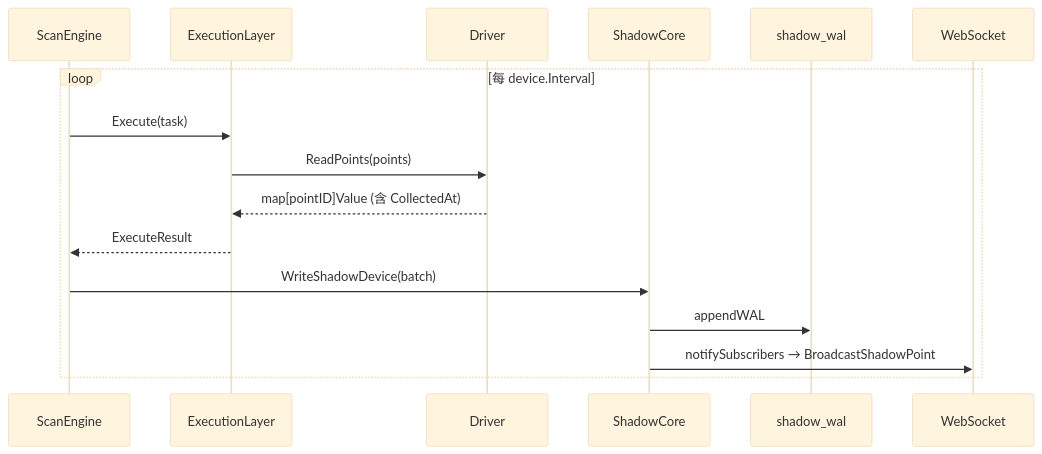
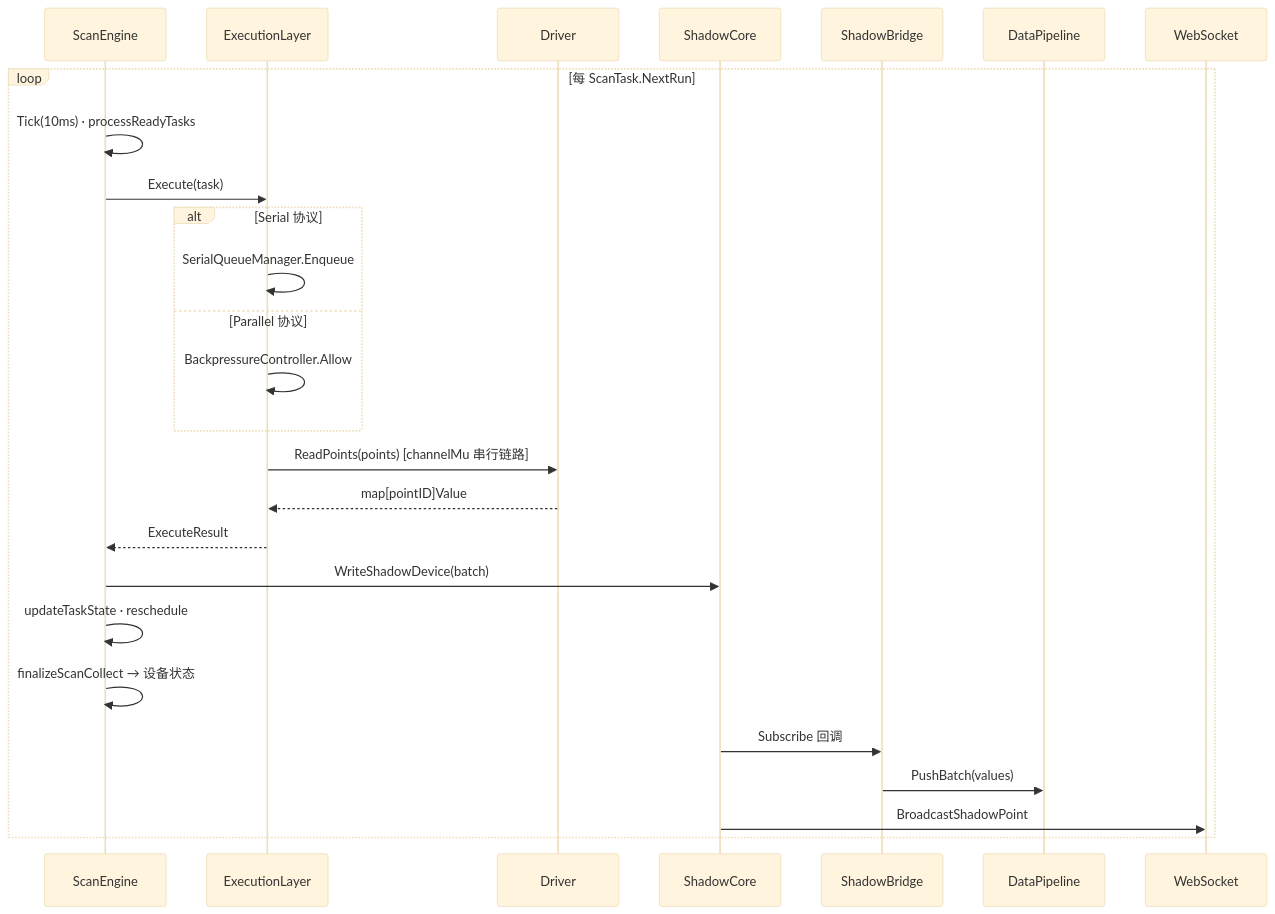
The third of 3 diagrams in docs/edge/边缘网关架构设计总览.md (anviod/edgex), drawn with Mermaid (base theme) before and after one commit. The commit also changed other lines of this file and 92 other files, not shown here.

````diff
--- a/docs/edge/边缘网关架构设计总览.md
+++ b/docs/edge/边缘网关架构设计总览.md
@@ -280,19 +324,29 @@
 ```mermaid
 sequenceDiagram
     participant SE as ScanEngine
     participant EL as ExecutionLayer
     participant DRV as Driver
     participant SC as ShadowCore
-    participant WAL as shadow_wal
+    participant SB as ShadowBridge
+    participant PL as DataPipeline
     participant WS as WebSocket
 
-    loop 每 device.Interval
+    loop 每 ScanTask.NextRun
+        SE->>SE: Tick(10ms) · processReadyTasks
         SE->>EL: Execute(task)
-        EL->>DRV: ReadPoints(points)
-        DRV-->>EL: map[pointID]Value (含 CollectedAt)
+        alt Serial 协议
+            EL->>EL: SerialQueueManager.Enqueue
+        else Parallel 协议
+            EL->>EL: BackpressureController.Allow
+        end
+        EL->>DRV: ReadPoints(points) [channelMu 串行链路]
+        DRV-->>EL: map[pointID]Value
         EL-->>SE: ExecuteResult
         SE->>SC: WriteShadowDevice(batch)
-        SC->>WAL: appendWAL
-        SC->>WS: notifySubscribers → BroadcastShadowPoint
+        SE->>SE: updateTaskState · reschedule
+        SE->>SE: finalizeScanCollect → 设备状态
+        SC->>SB: Subscribe 回调
+        SB->>PL: PushBatch(values)
+        SC->>WS: BroadcastShadowPoint
     end
 ```
````
